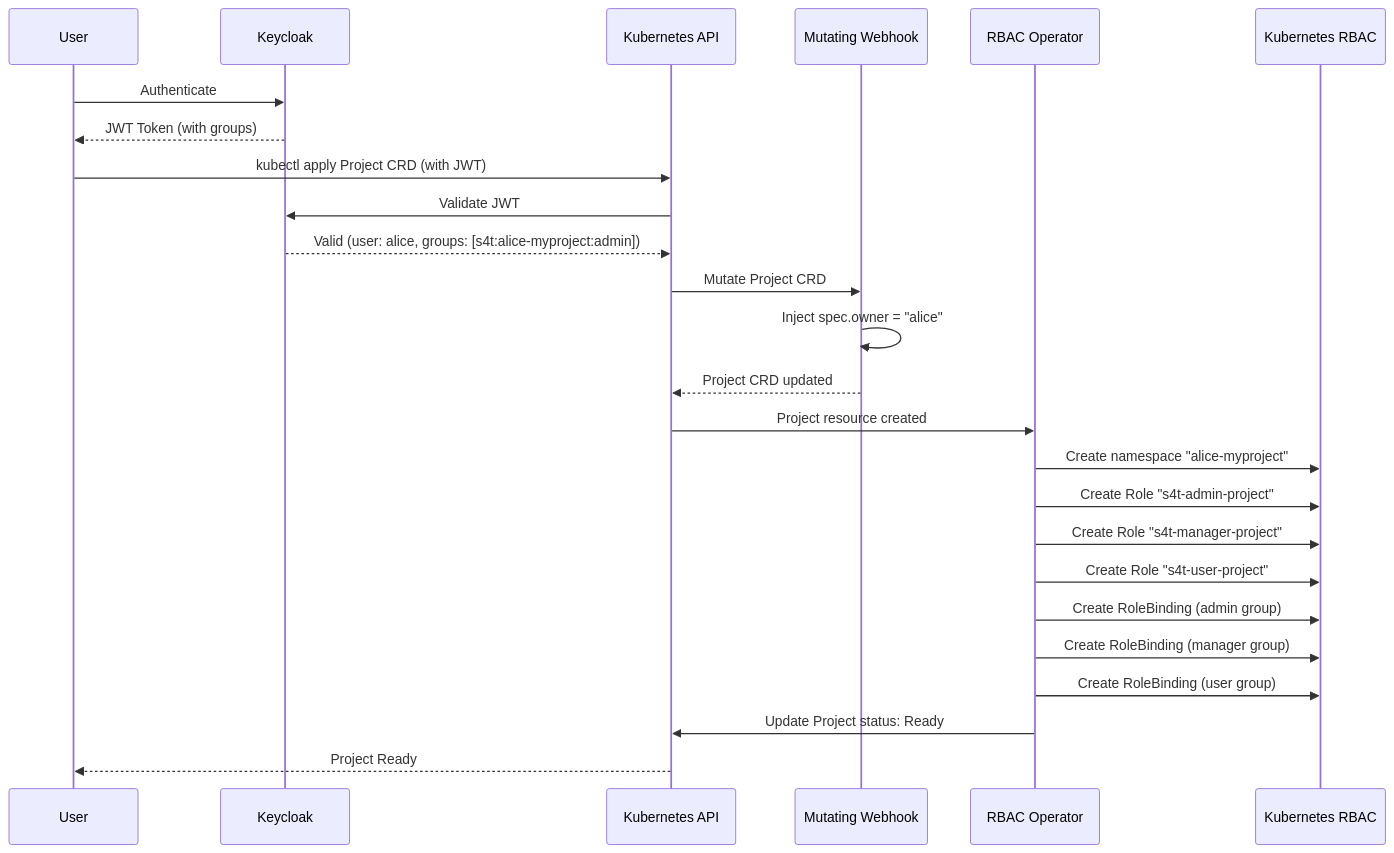
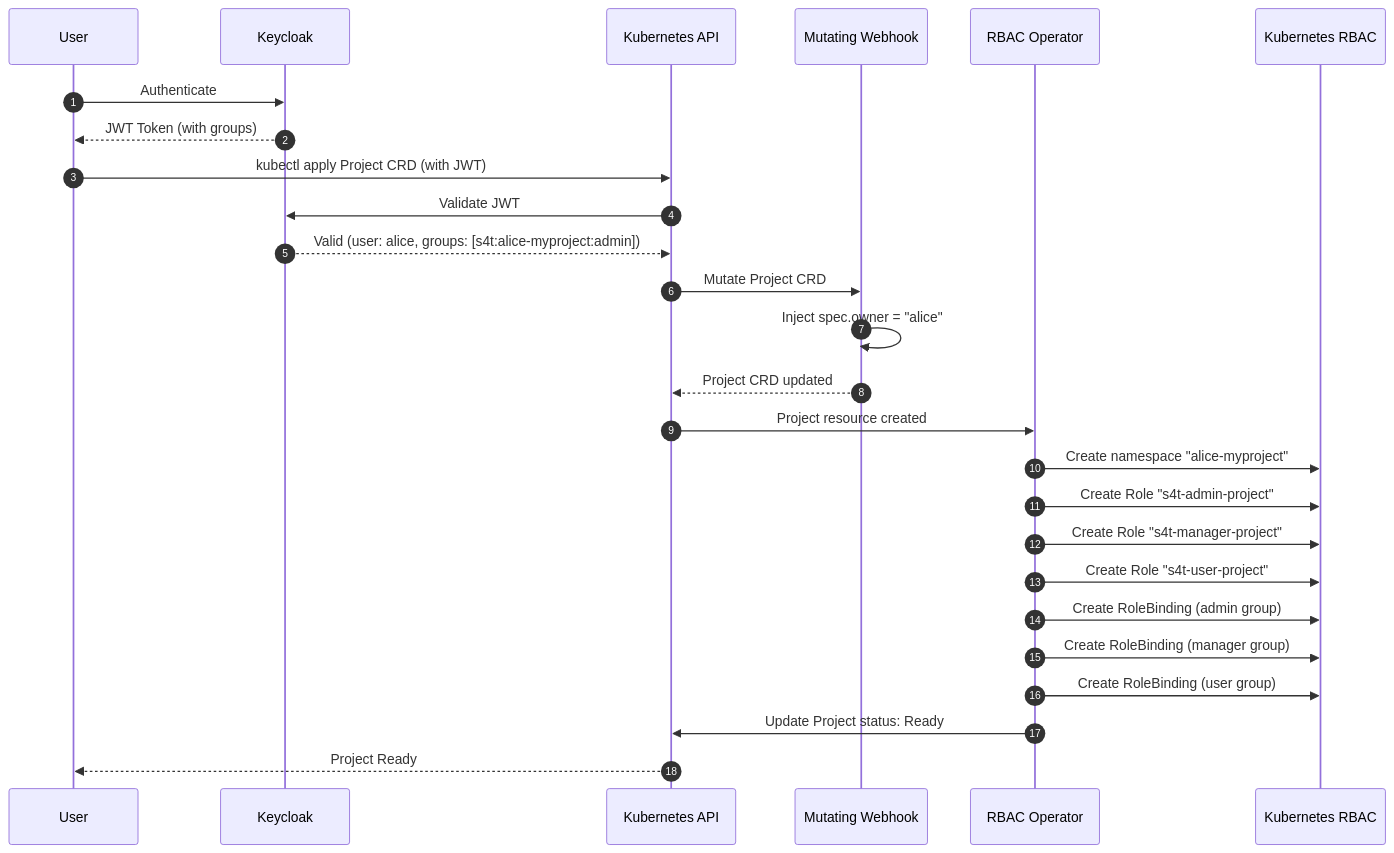
One commit to lucadagati/s4t_crossplane_deployment changed the sixth of 10 diagrams in README.md. Above: the diagram before and after it, drawn with Mermaid. The commit also changed other lines of this file, not shown here.

First line of the commit message:
docs: Improve architecture diagrams and convert sequence diagrams to horizontal

````diff
--- a/README.md
+++ b/README.md
@@ -661,28 +725,29 @@
 ```mermaid
 sequenceDiagram
+    autonumber
     participant User
     participant Keycloak
     participant K8s as Kubernetes API
     participant Webhook as Mutating Webhook
     participant RBAC as RBAC Operator
     participant K8sRBAC as Kubernetes RBAC
     
     User->>Keycloak: Authenticate
     Keycloak-->>User: JWT Token (with groups)
     User->>K8s: kubectl apply Project CRD (with JWT)
     K8s->>Keycloak: Validate JWT
     Keycloak-->>K8s: Valid (user: alice, groups: [s4t:alice-myproject:admin])
     K8s->>Webhook: Mutate Project CRD
     Webhook->>Webhook: Inject spec.owner = "alice"
     Webhook-->>K8s: Project CRD updated
     K8s->>RBAC: Project resource created
     RBAC->>K8sRBAC: Create namespace "alice-myproject"
     RBAC->>K8sRBAC: Create Role "s4t-admin-project"
     RBAC->>K8sRBAC: Create Role "s4t-manager-project"
     RBAC->>K8sRBAC: Create Role "s4t-user-project"
     RBAC->>K8sRBAC: Create RoleBinding (admin group)
     RBAC->>K8sRBAC: Create RoleBinding (manager group)
     RBAC->>K8sRBAC: Create RoleBinding (user group)
     RBAC->>K8s: Update Project status: Ready
     K8s-->>User: Project Ready
 ```
````
